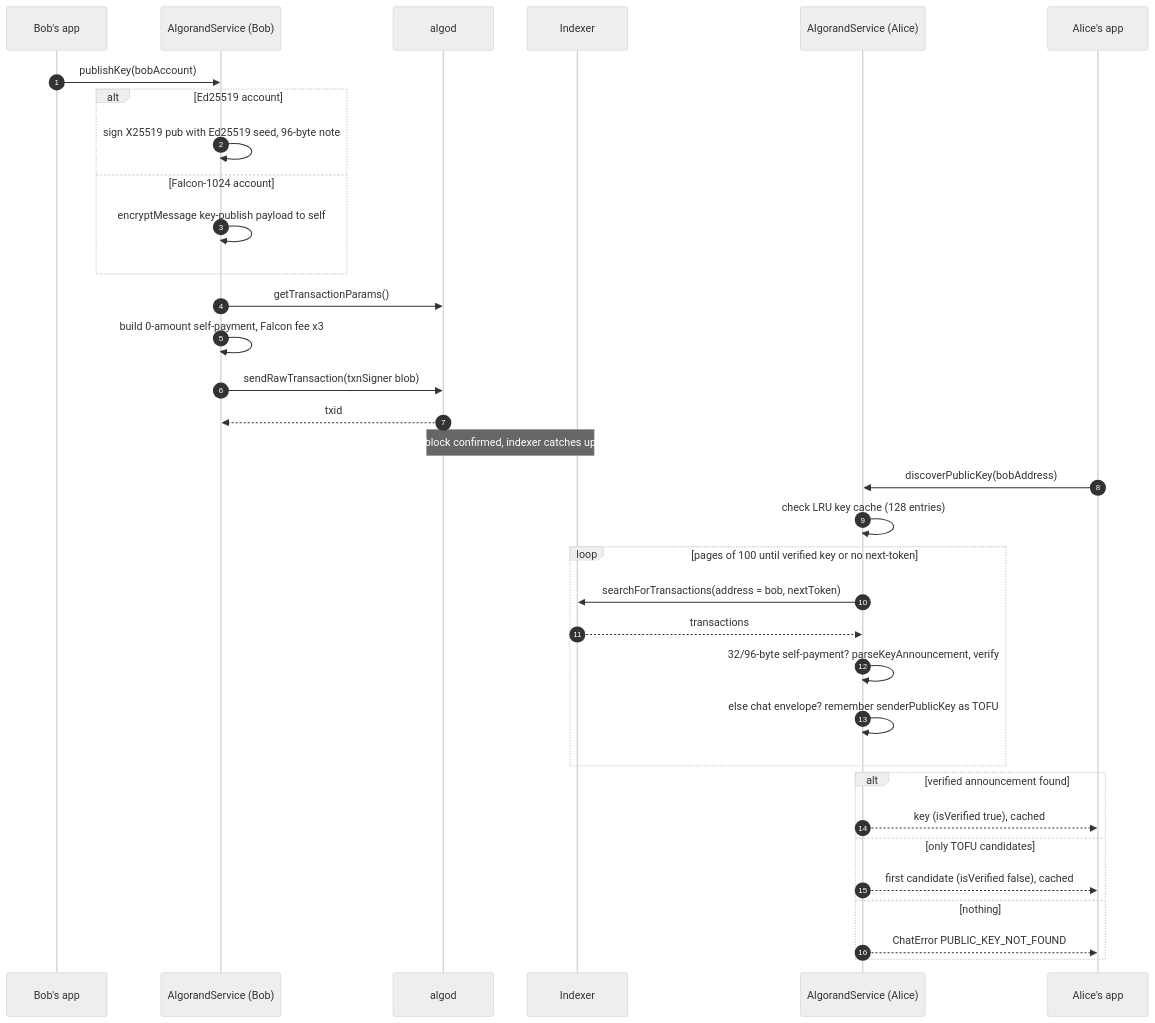
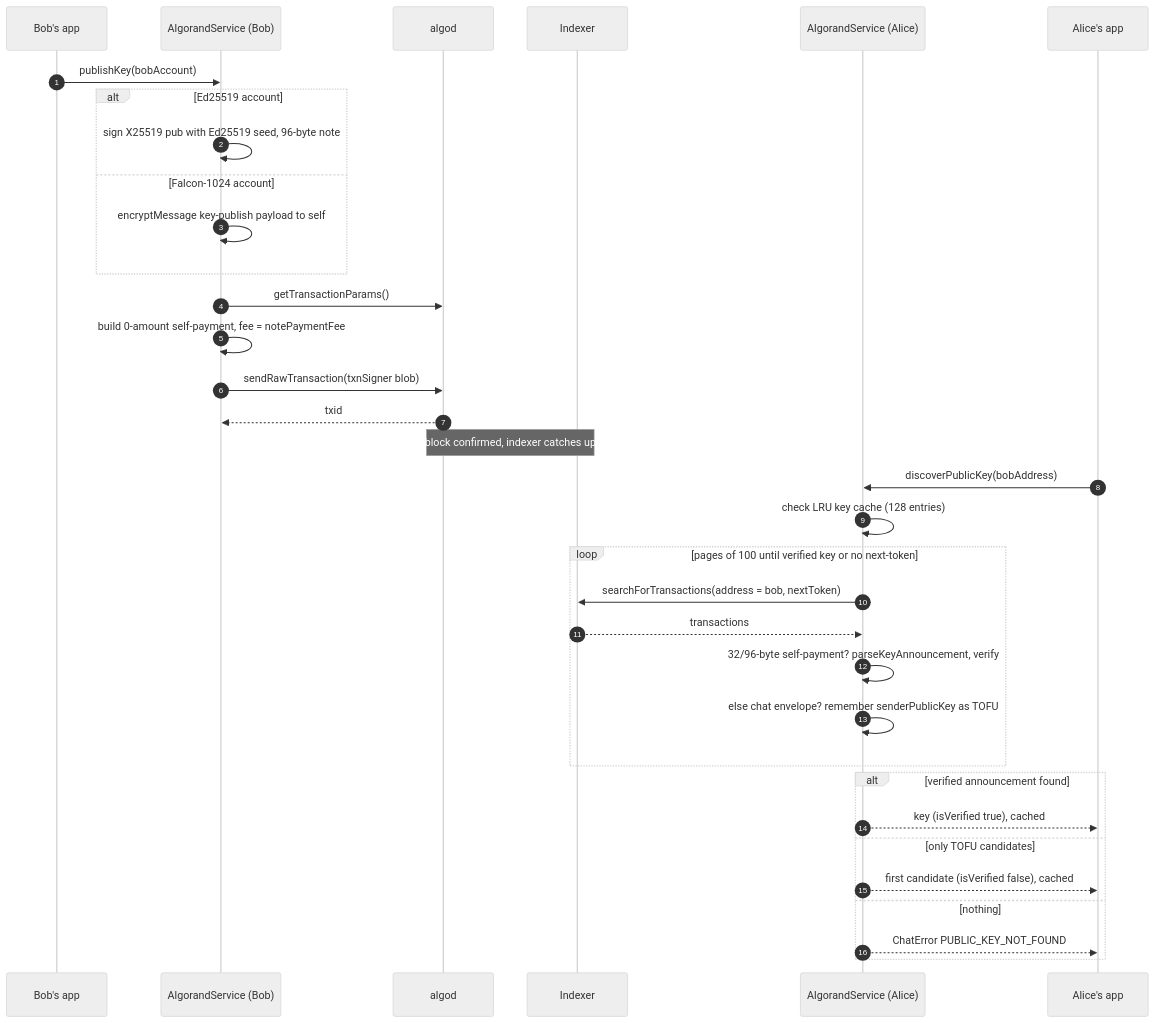
One commit to CorvidLabs/ts-algochat changed the fifth of 13 diagrams in docs/HLD.md. Above: the diagram before and after it, drawn with Mermaid (neutral theme). The commit also changed other lines of this file and 18 other files, not shown here.

````diff
--- a/docs/HLD.md
+++ b/docs/HLD.md
@@ -195,37 +195,37 @@
 ```mermaid
 sequenceDiagram
     accTitle: Sequence: publish and discover an encryption key
     autonumber
     participant B as Bob's app
     participant SB as AlgorandService (Bob)
     participant AD as algod
     participant IX as Indexer
     participant SA as AlgorandService (Alice)
     participant A as Alice's app
     B->>SB: publishKey(bobAccount)
     alt Ed25519 account
         SB->>SB: sign X25519 pub with Ed25519 seed, 96-byte note
     else Falcon-1024 account
         SB->>SB: encryptMessage key-publish payload to self
     end
     SB->>AD: getTransactionParams()
-    SB->>SB: build 0-amount self-payment, Falcon fee x3
+    SB->>SB: build 0-amount self-payment, fee = notePaymentFee
     SB->>AD: sendRawTransaction(txnSigner blob)
     AD-->>SB: txid
     Note over AD,IX: block confirmed, indexer catches up
     A->>SA: discoverPublicKey(bobAddress)
     SA->>SA: check LRU key cache (128 entries)
     loop pages of 100 until verified key or no next-token
         SA->>IX: searchForTransactions(address = bob, nextToken)
         IX-->>SA: transactions
         SA->>SA: 32/96-byte self-payment? parseKeyAnnouncement, verify
         SA->>SA: else chat envelope? remember senderPublicKey as TOFU
     end
     alt verified announcement found
         SA-->>A: key (isVerified true), cached
     else only TOFU candidates
         SA-->>A: first candidate (isVerified false), cached
     else nothing
         SA-->>A: ChatError PUBLIC_KEY_NOT_FOUND
     end
 ```
````
